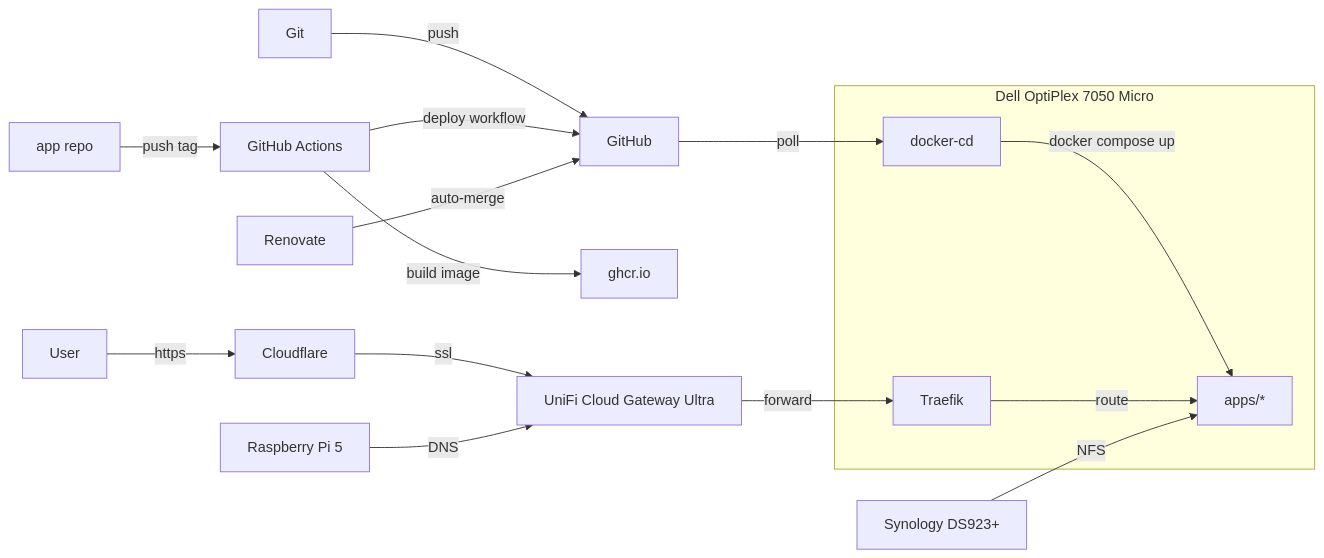
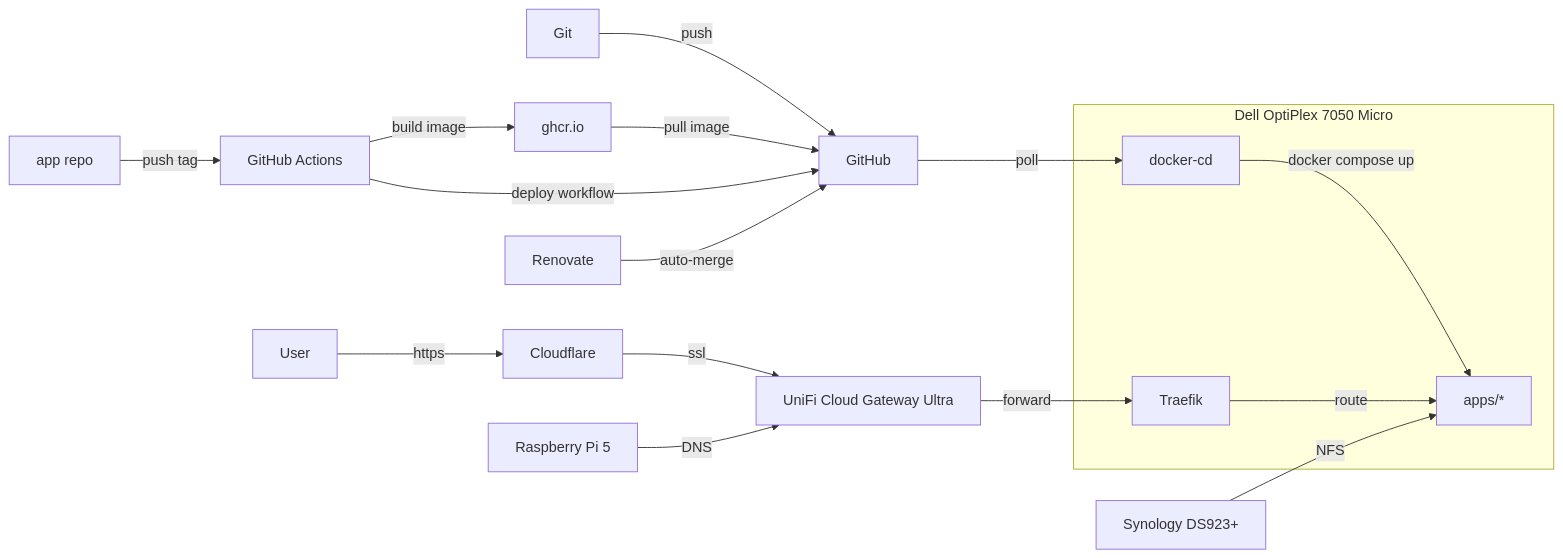
One commit to wajeht/home-ops changed the diagram in README.md. Above: the diagram before and after it, drawn with Mermaid.

Commit message:
docs: update architecture diagram to reflect image pull

````diff
--- a/README.md
+++ b/README.md
@@ -17,16 +17,16 @@
 ```mermaid
 flowchart LR
     subgraph Dell[Dell OptiPlex 7050 Micro]
         docker-cd -->|docker compose up| Apps[apps/*]
         Traefik -->|route| Apps
     end
 
     Git -->|push| GitHub -->|poll| docker-cd
     AppRepo[app repo] -->|push tag| Actions[GitHub Actions]
-    Actions -->|build image| GHCR[ghcr.io]
+    Actions -->|build image| GHCR[ghcr.io] -->|pull image| GitHub
     Actions -->|deploy workflow| GitHub
     Renovate -->|auto-merge| GitHub
     User -->|https| Cloudflare -->|ssl| UniFi[UniFi Cloud Gateway Ultra] -->|forward| Traefik
     NAS[Synology DS923+] -->|NFS| Apps
     Pi[Raspberry Pi 5] -->|DNS| UniFi
 ```
````
